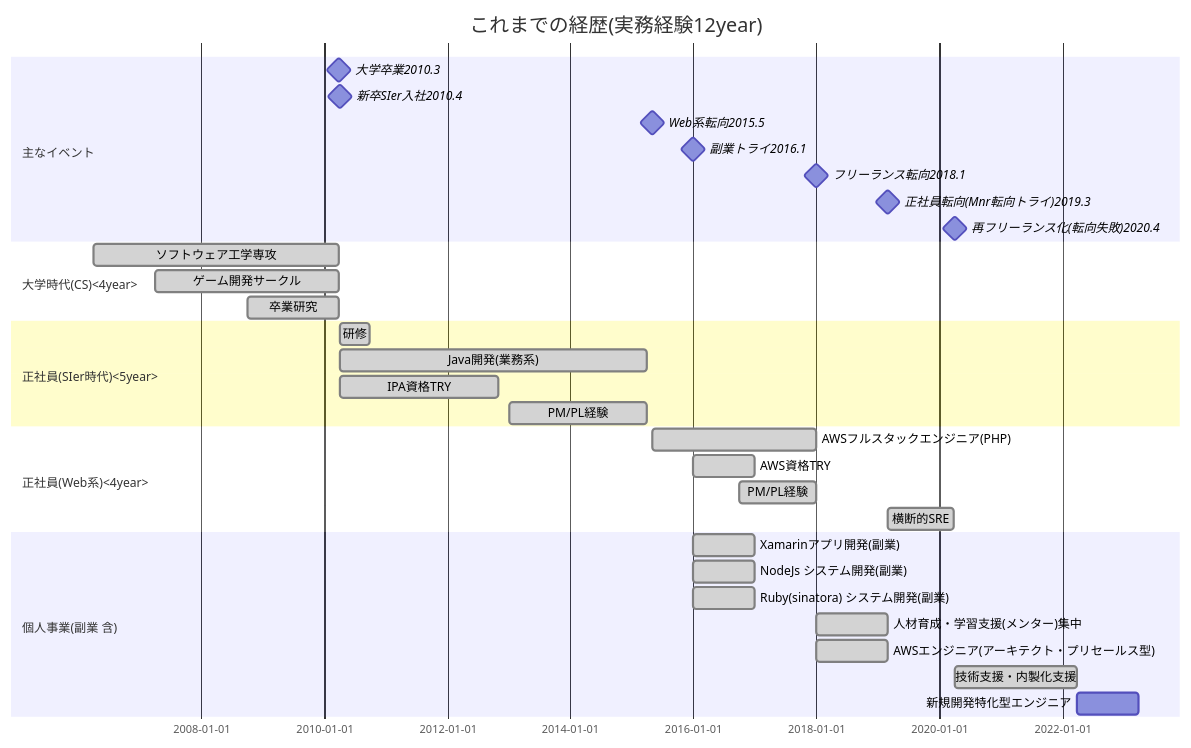
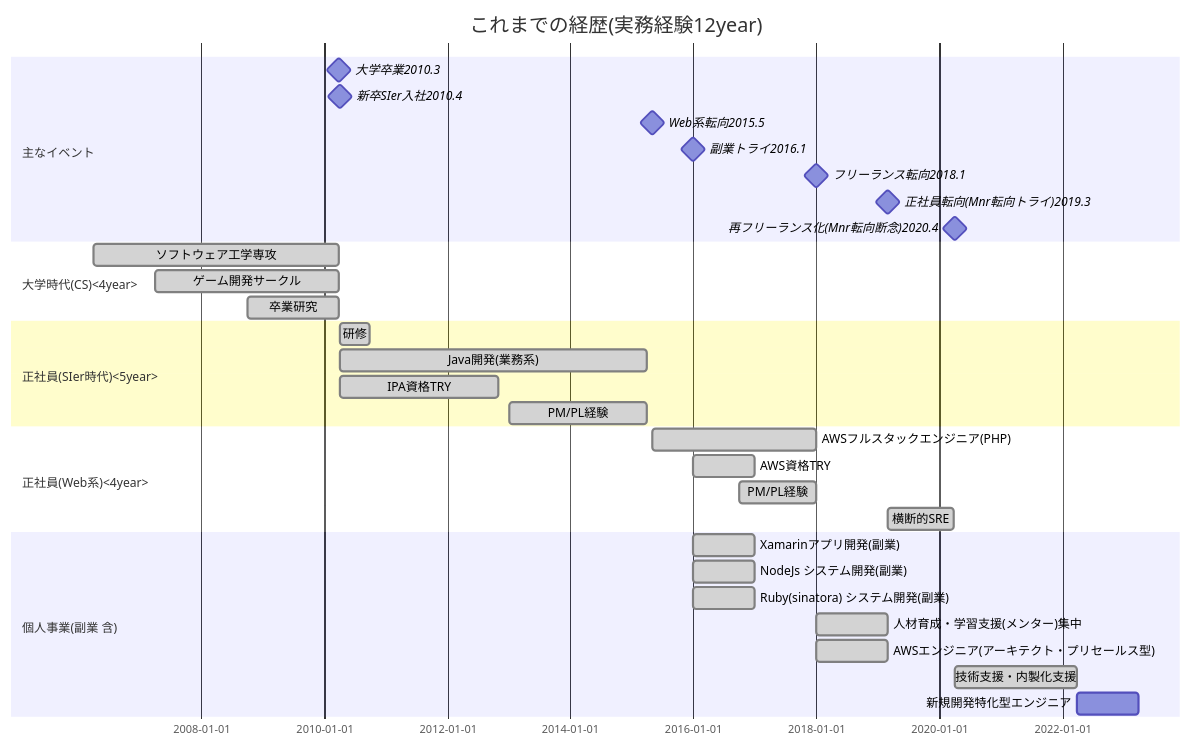
The diagram in README.md (Eigo-Mt-Fuji/portfolio-2017), drawn with Mermaid before and after one commit.

````diff
--- a/README.md
+++ b/README.md
@@ -16,40 +16,40 @@
 ```mermaid
 gantt
     title これまでの経歴(実務経験12year)
     dateFormat YYYY-MM-DD
     section LOOPASS365
     section 主なイベント
     大学卒業2010.3                 :milestone, 2010-03-31, 0d
     新卒SIer入社2010.4                 :milestone, 2010-04-01, 0d
     Web系転向2015.5                 :milestone, 2015-05-01, 0d
     副業トライ2016.1                 :milestone, 2016-01-01, 0d
     フリーランス転向2018.1                 :milestone, 2018-01-01, 0d
     正社員転向(Mnr転向トライ)2019.3                 :milestone, 2019-03-01, 0d
-    再フリーランス化(転向失敗)2020.4                 :milestone, 2020-04-01, 0d
+    再フリーランス化(Mnr転向断念)2020.4                 :milestone, 2020-04-01, 0d
 
     section 大学時代(CS)<4year>
     ソフトウェア工学専攻  :done, a1,2006-04-01, 2010-03-31
     ゲーム開発サークル  :done, a2,2007-04-01, 2010-03-31
     卒業研究  :done, a3,2008-10-01, 2010-03-31
 
     section 正社員(SIer時代)<5year>
     研修  :done, b1,2010-04-01, 2010-09-30
     Java開発(業務系)  :done, b2,2010-04-01, 2015-03-31
     IPA資格TRY  :done, b3,2010-04-01, 2012-10-31
     PM/PL経験  :done, b4,2013-01-01, 2015-03-31
 
     section 正社員(Web系)<4year>
     AWSフルスタックエンジニア(PHP)  :done, c1,2015-05-01, 2017-12-31
     AWS資格TRY  :done, c2,2016-01-01, 2016-12-31
     PM/PL経験  :done, c3,2016-10-01, 2017-12-31
     横断的SRE  :done, c4,2019-03-01, 2020-03-31
 
     section 個人事業(副業 含)
     Xamarinアプリ開発(副業)  :done, d1,2016-01-01, 2016-12-31
     NodeJs システム開発(副業)  :done, d2,2016-01-01, 2016-12-31
     Ruby(sinatora) システム開発(副業)  :done, d3,2016-01-01, 2016-12-31
     人材育成・学習支援(メンター)集中    :done, d4 ,2018-01-01,2019-02-28
     AWSエンジニア(アーキテクト・プリセールス型)    :done, d5 ,2018-01-01,2019-02-28
     技術支援・内製化支援    :done, d6,2020-04-01,2022-03-31
     新規開発特化型エンジニア    :d7,2022-04-01,2023-03-31
 ```
````
